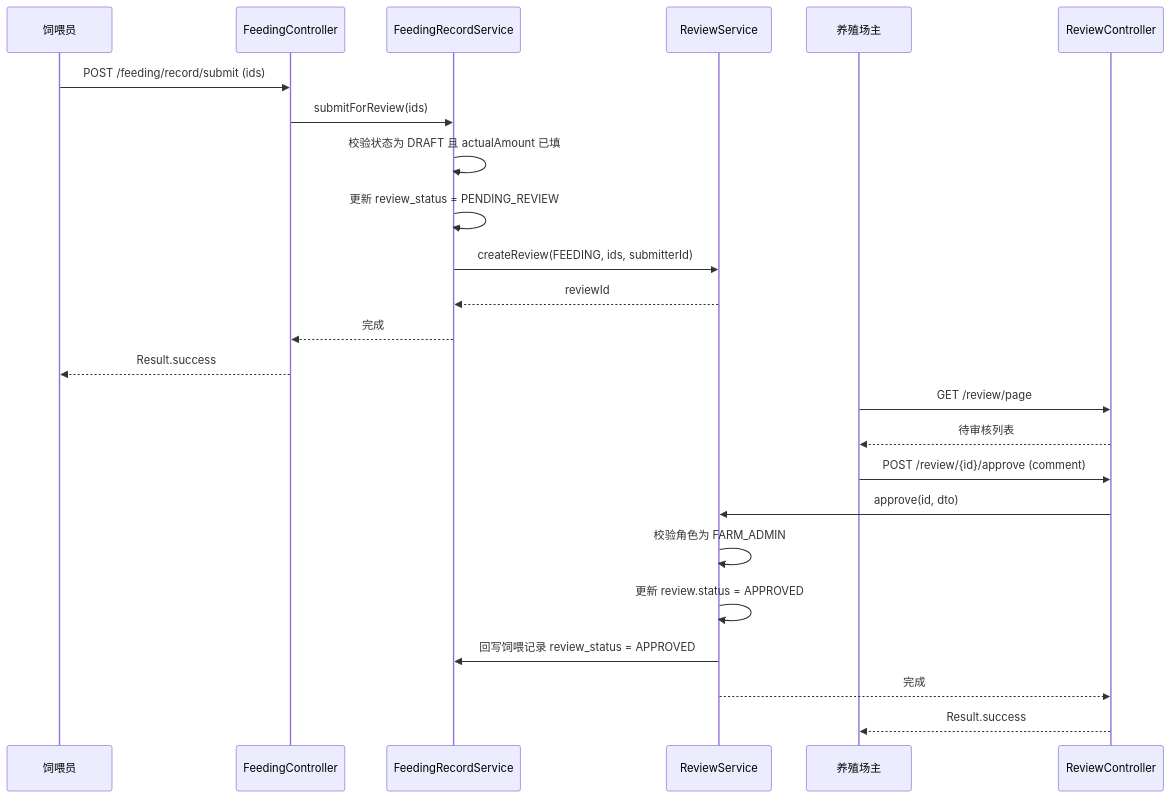
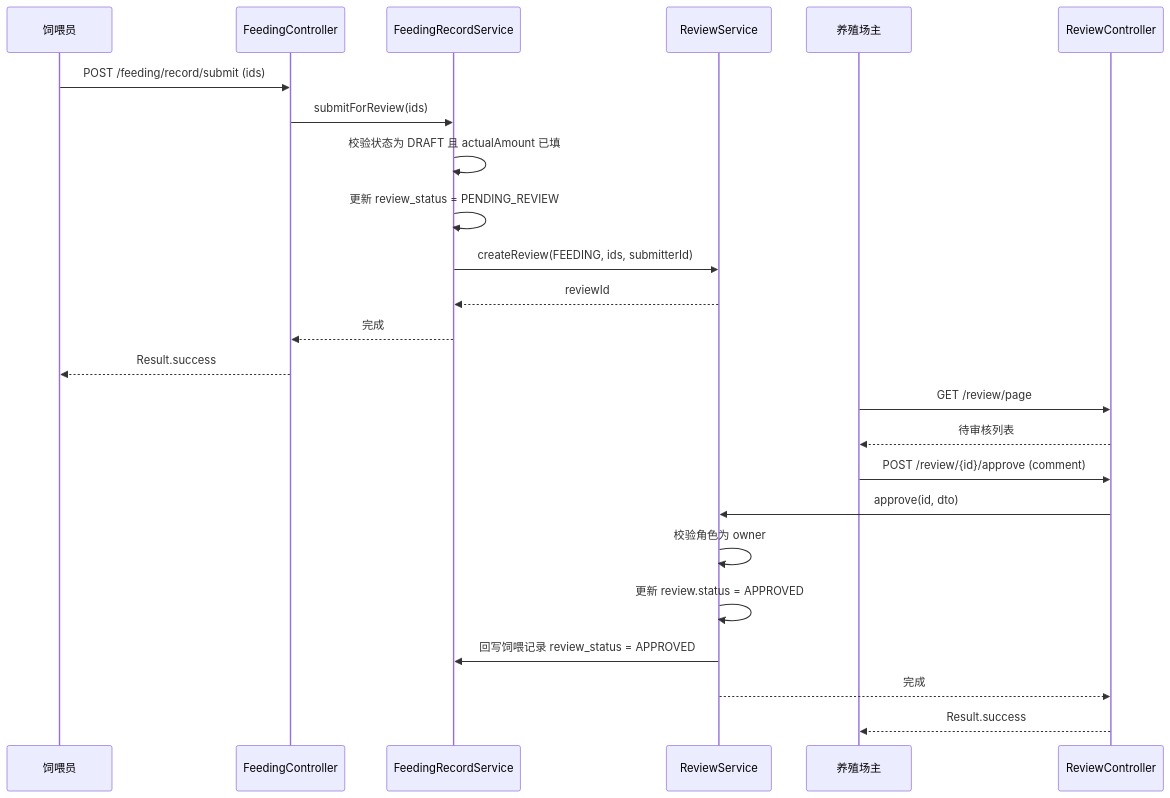
Before and after one commit to KeepRising-l/livestockBreedingSystem: the third of 4 diagrams in docs/LLD-智能养殖信息管理系统.md, drawn with Mermaid. The commit also changed other lines of this file and 5 other files, not shown here.

````diff
--- a/docs/LLD-智能养殖信息管理系统.md
+++ b/docs/LLD-智能养殖信息管理系统.md
@@ -2903,28 +2897,28 @@
 ```mermaid
 sequenceDiagram
     participant F as 饲喂员
     participant FC as FeedingController
     participant FS as FeedingRecordService
     participant RS as ReviewService
     participant A as 养殖场主
     participant RC as ReviewController
 
     F->>FC: POST /feeding/record/submit (ids)
     FC->>FS: submitForReview(ids)
     FS->>FS: 校验状态为 DRAFT 且 actualAmount 已填
     FS->>FS: 更新 review_status = PENDING_REVIEW
     FS->>RS: createReview(FEEDING, ids, submitterId)
     RS-->>FS: reviewId
     FS-->>FC: 完成
     FC-->>F: Result.success
 
     A->>RC: GET /review/page
     RC-->>A: 待审核列表
     A->>RC: POST /review/{id}/approve (comment)
     RC->>RS: approve(id, dto)
-    RS->>RS: 校验角色为 FARM_ADMIN
+    RS->>RS: 校验角色为 owner
     RS->>RS: 更新 review.status = APPROVED
     RS->>FS: 回写饲喂记录 review_status = APPROVED
     RS-->>RC: 完成
     RC-->>A: Result.success
 ```
````
